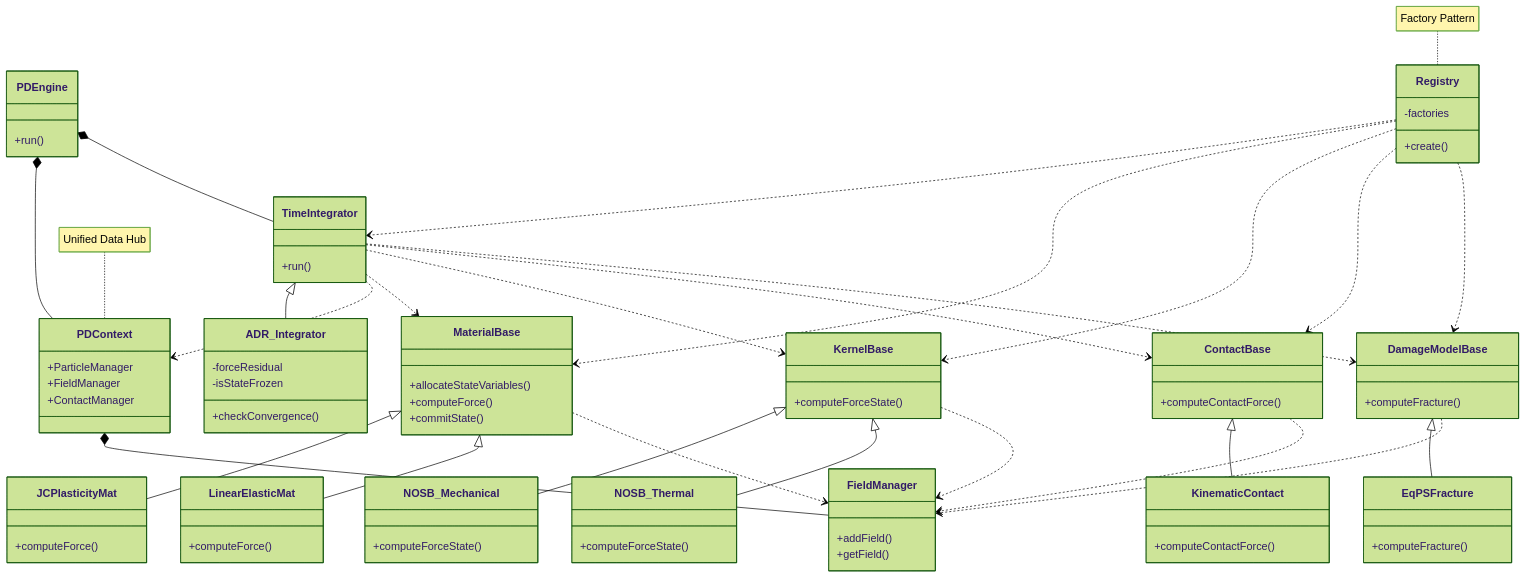
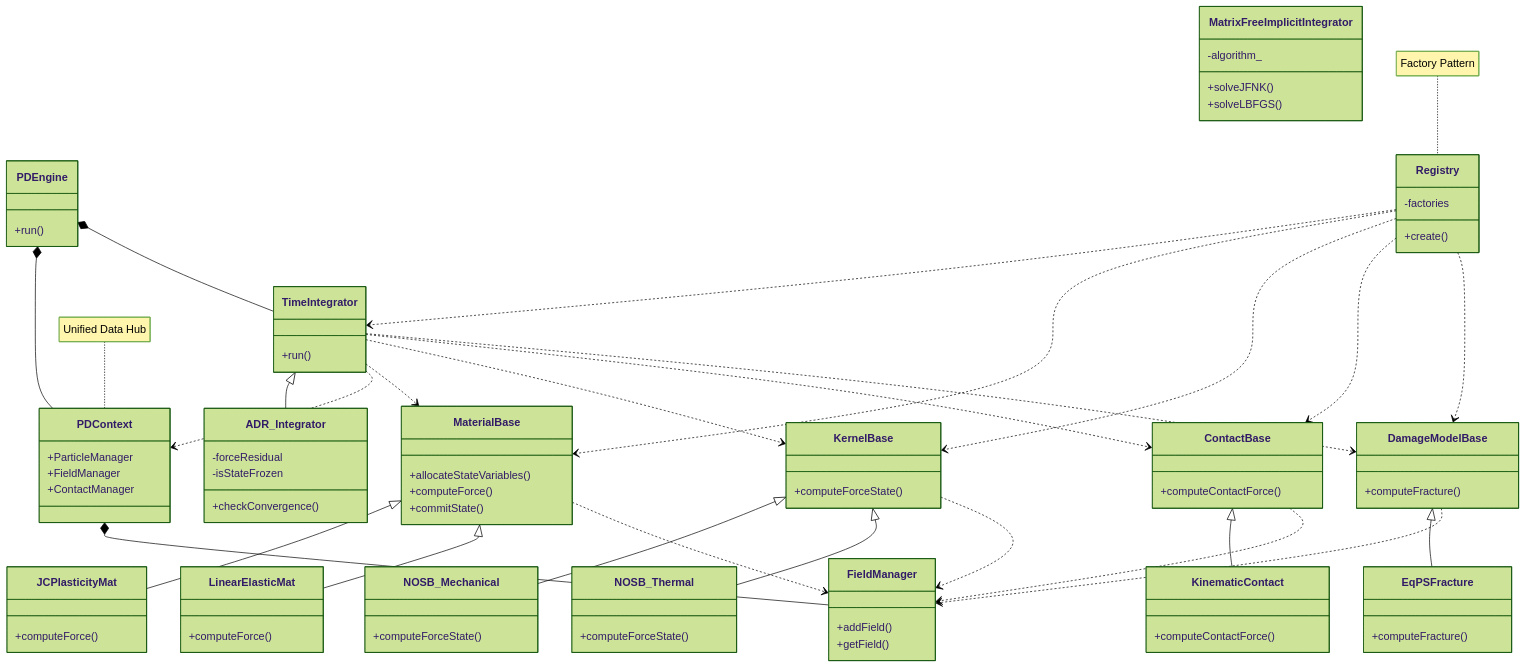
Before and after one commit to Huckleberry-F/GRPD: the second of 4 diagrams in README.md, drawn with Mermaid (forest theme). The commit also changed other lines of this file and 13 other files, not shown here.

Commit message:
feat: Add MatrixFreeImplicitIntegrator with JFNK and L-BFGS, bump version to v4.5

```diff
--- a/README.md
+++ b/README.md
@@ -189,6 +194,12 @@
         -forceResidual
         -isStateFrozen
         +checkConvergence()
+    }
+
+    class MatrixFreeImplicitIntegrator {
+        -algorithm_
+        +solveJFNK()
+        +solveLBFGS()
     }
 
     class MaterialBase {
```
